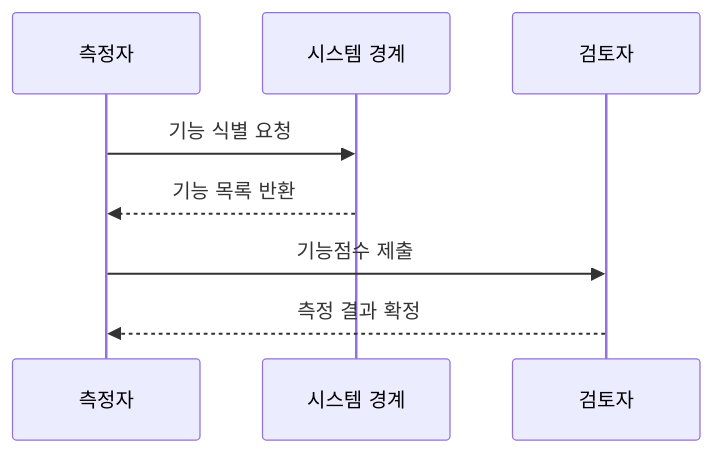
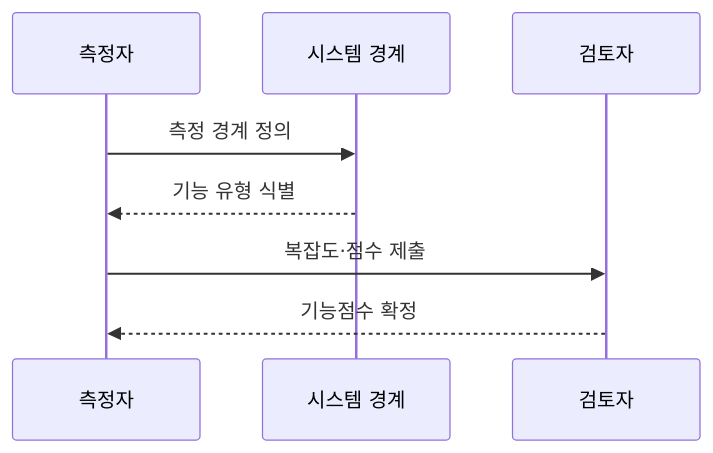
One commit to agnusdei1207/knowledge-base changed the second of 2 diagrams in src/content/docs/notes/03-software/073_function_point.md. Above: the diagram before and after it, drawn with Mermaid. The commit also changed other lines of this file and 7 other files, not shown here.

````diff
--- a/src/content/docs/notes/03-software/073_function_point.md
+++ b/src/content/docs/notes/03-software/073_function_point.md
@@ -91,10 +91,10 @@
 ```mermaid
 sequenceDiagram
     participant A as 측정자
     participant S as 시스템 경계
     participant R as 검토자
-    A->>S: 기능 식별 요청
-    S-->>A: 기능 목록 반환
-    A->>R: 기능점수 제출
-    R-->>A: 측정 결과 확정
+    A->>S: 측정 경계 정의
+    S-->>A: 기능 유형 식별
+    A->>R: 복잡도·점수 제출
+    R-->>A: 기능점수 확정
 ```
````
